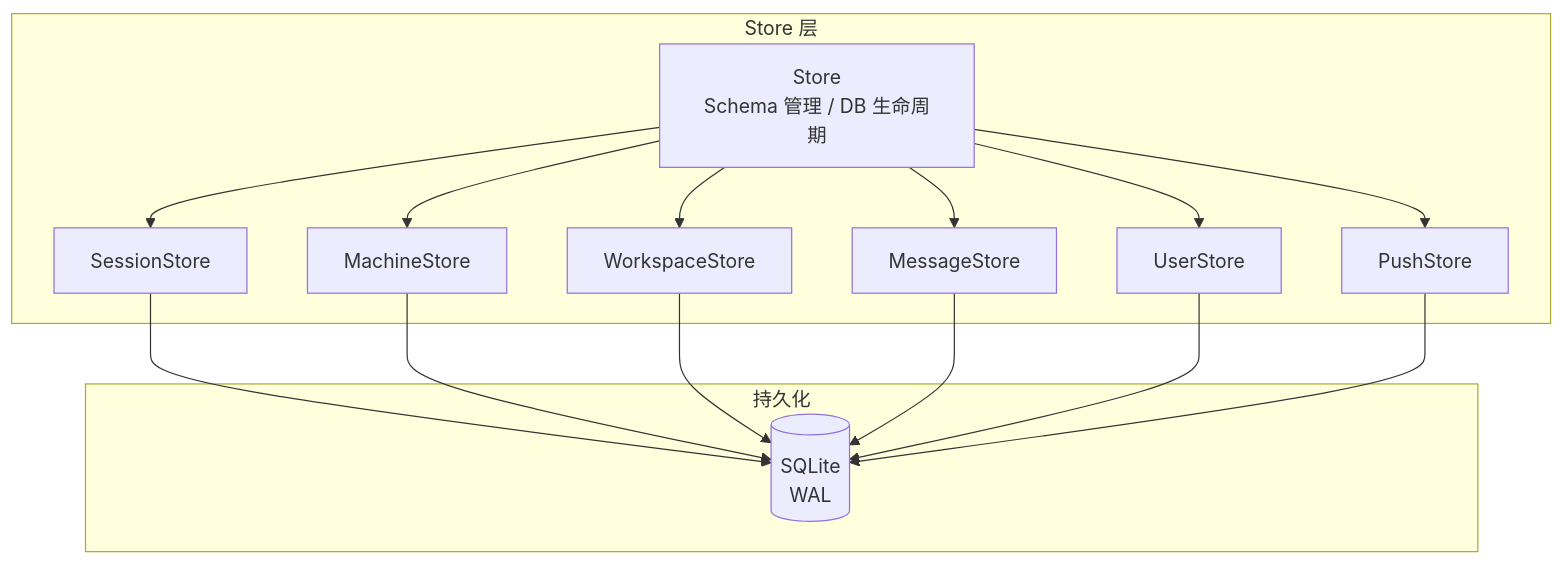
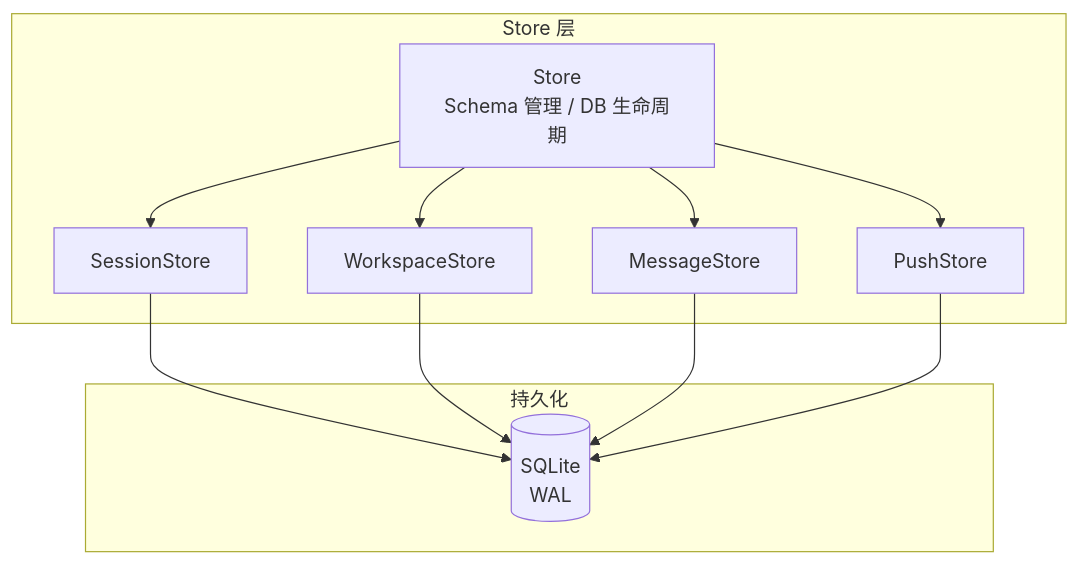
One commit to ModuBit/mobi changed the diagram in docs/architecture/daemon/store/README.md. Above: the diagram before and after it, drawn with Mermaid. The commit also changed other lines of this file and 86 other files, not shown here.

````diff
--- a/docs/architecture/daemon/store/README.md
+++ b/docs/architecture/daemon/store/README.md
@@ -9,30 +9,24 @@
 ```mermaid
 graph TB
     subgraph Store 层
         Store[Store<br/>Schema 管理 / DB 生命周期]
         SessionStore[SessionStore]
-        MachineStore[MachineStore]
         WorkspaceStore[WorkspaceStore]
         MessageStore[MessageStore]
-        UserStore[UserStore]
         PushStore[PushStore]
     end
 
     subgraph 持久化
         SQLite[(SQLite<br/>WAL)]
     end
 
     Store --> SessionStore
-    Store --> MachineStore
     Store --> WorkspaceStore
     Store --> MessageStore
-    Store --> UserStore
     Store --> PushStore
 
     SessionStore --> SQLite
-    MachineStore --> SQLite
     WorkspaceStore --> SQLite
     MessageStore --> SQLite
-    UserStore --> SQLite
     PushStore --> SQLite
 ```
````
